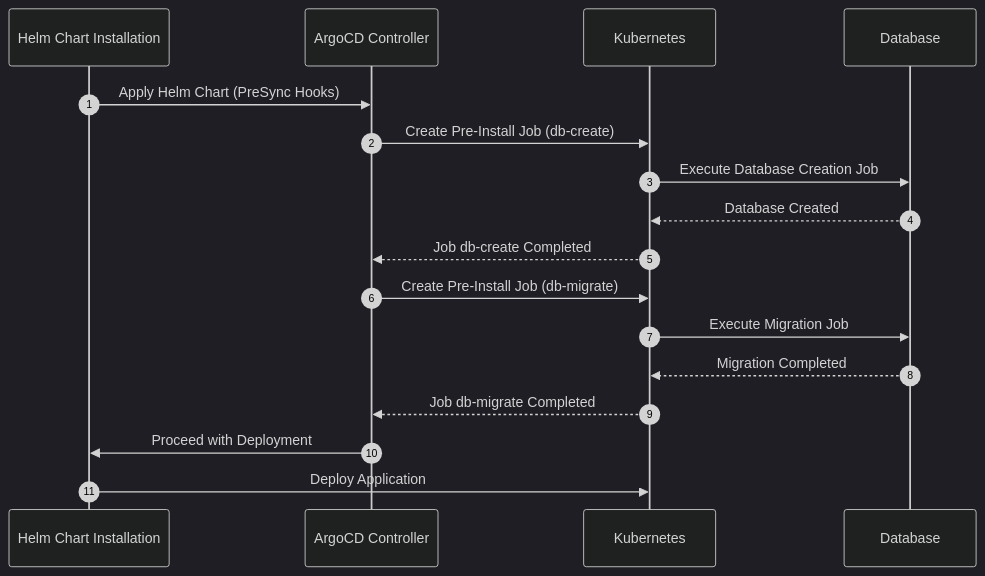
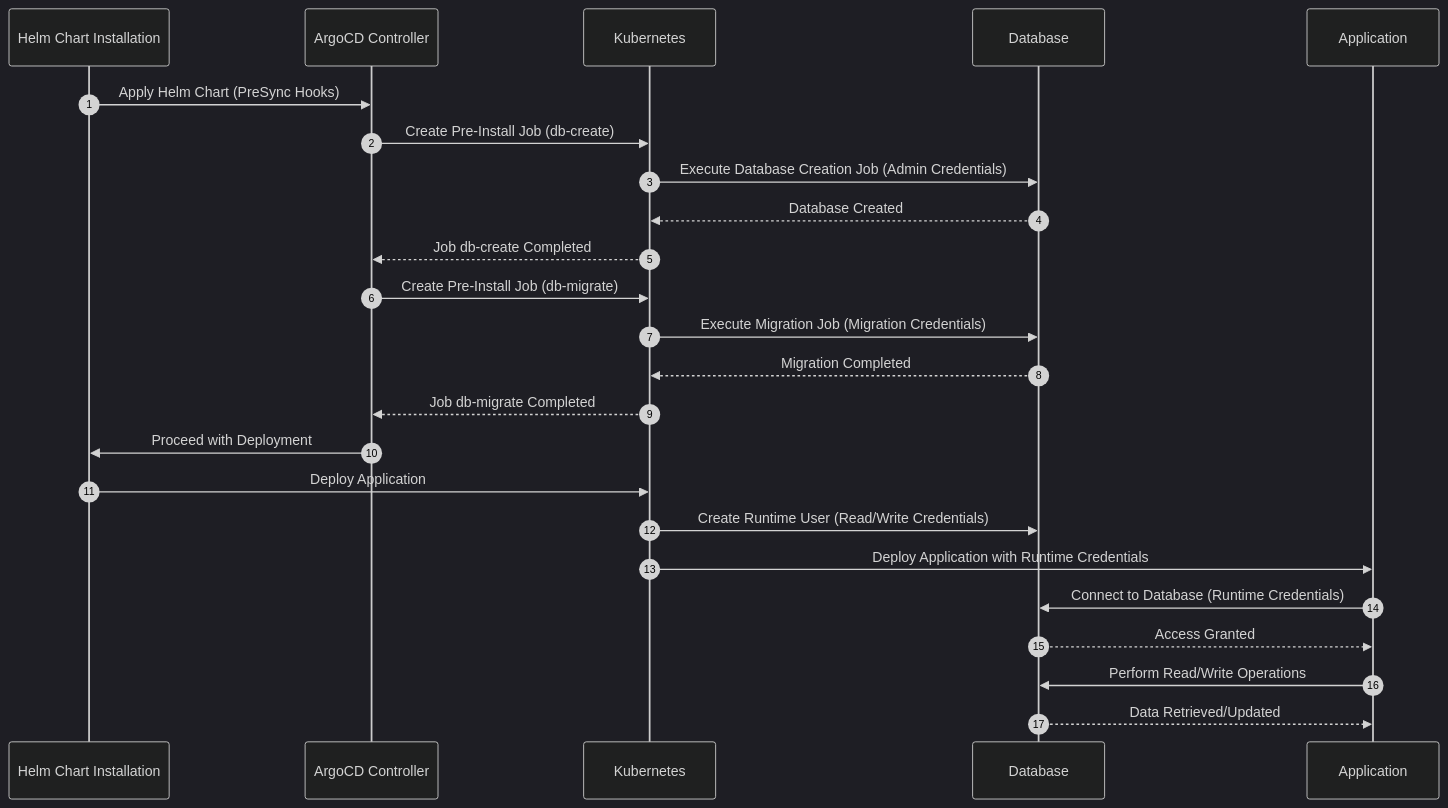
Before and after one commit to pampatzoglou/articles: the first of 2 diagrams in db.md, drawn with Mermaid (dark theme). The commit also changed other lines of this file, not shown here.

````diff
--- a/db.md
+++ b/db.md
@@ -192,20 +192,31 @@
 ```mermaid
 sequenceDiagram
     autonumber
     participant Helm as Helm Chart Installation
     participant ArgoCD as ArgoCD Controller
     participant K8s as Kubernetes
     participant DB as Database
+    participant App as Application
 
     Helm->>ArgoCD: Apply Helm Chart (PreSync Hooks)
     ArgoCD->>K8s: Create Pre-Install Job (db-create)
-    K8s->>DB: Execute Database Creation Job
+    K8s->>DB: Execute Database Creation Job (Admin Credentials)
     DB-->>K8s: Database Created
     K8s-->>ArgoCD: Job db-create Completed
+
     ArgoCD->>K8s: Create Pre-Install Job (db-migrate)
-    K8s->>DB: Execute Migration Job
+    K8s->>DB: Execute Migration Job (Migration Credentials)
     DB-->>K8s: Migration Completed
     K8s-->>ArgoCD: Job db-migrate Completed
+
     ArgoCD->>Helm: Proceed with Deployment
     Helm->>K8s: Deploy Application
+
+    K8s->>DB: Create Runtime User (Read/Write Credentials)
+    K8s->>App: Deploy Application with Runtime Credentials
+    App->>DB: Connect to Database (Runtime Credentials)
+    DB-->>App: Access Granted
+
+    App->>DB: Perform Read/Write Operations
+    DB-->>App: Data Retrieved/Updated
 ```
````
